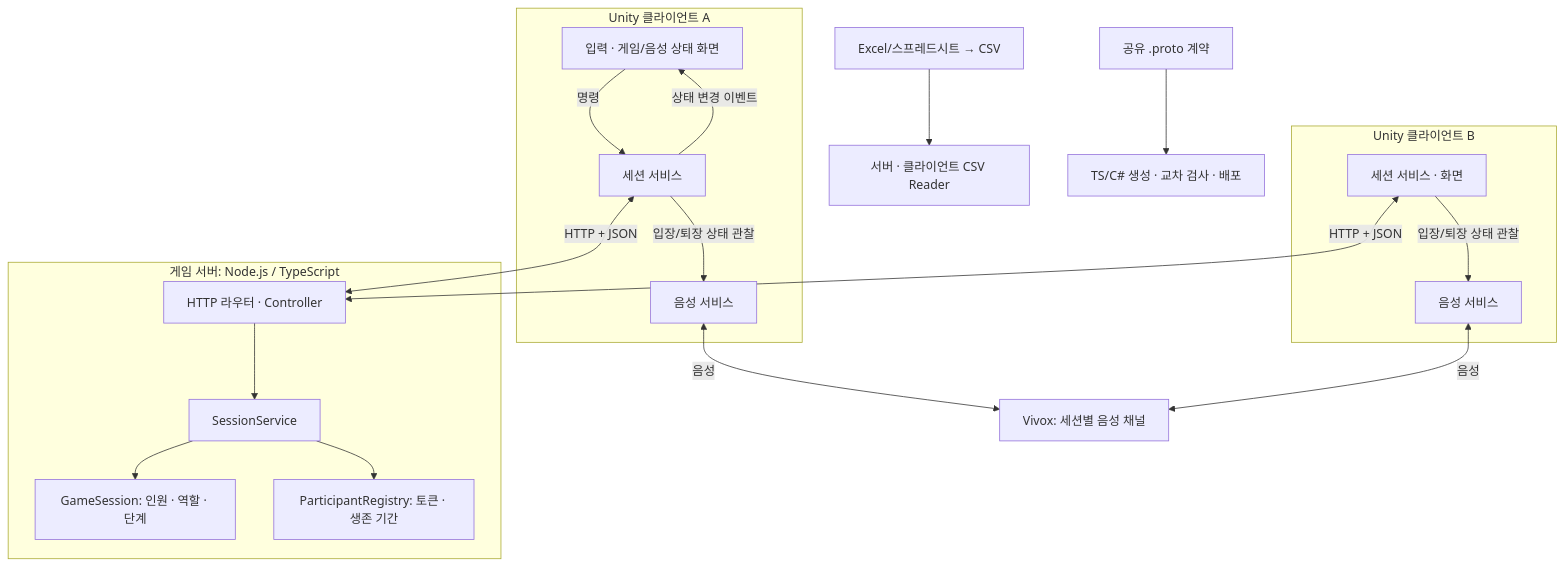
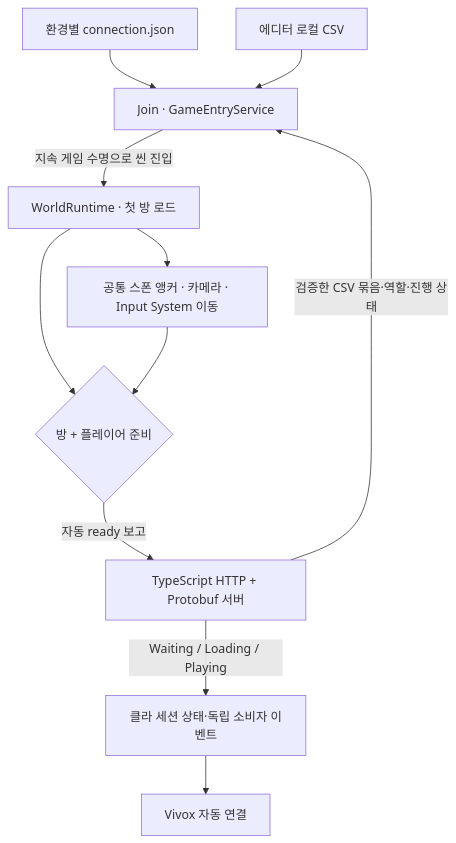
Before and after one commit to needAction/TSC_REST: the diagram in docs/project-overview/README.md, drawn with Mermaid. The commit also changed other lines of this file and 15 other files, not shown here.

````diff
--- a/docs/project-overview/README.md
+++ b/docs/project-overview/README.md
@@ -32,31 +9,13 @@
 ```mermaid
 flowchart TB
-    subgraph ClientA[Unity 클라이언트 A]
-        AUI[입력 · 게임/음성 상태 화면]
-        AS[세션 서비스]
-        AV[음성 서비스]
-        AUI -->|명령| AS
-        AS -->|상태 변경 이벤트| AUI
-        AS -->|입장/퇴장 상태 관찰| AV
-    end
-    subgraph Server[게임 서버: Node.js / TypeScript]
-        HTTP[HTTP 라우터 · Controller]
-        Service[SessionService]
-        Game[GameSession: 인원 · 역할 · 단계]
-        Registry[ParticipantRegistry: 토큰 · 생존 기간]
-        HTTP --> Service
-        Service --> Game
-        Service --> Registry
-    end
-    subgraph ClientB[Unity 클라이언트 B]
-        BS[세션 서비스 · 화면]
-        BV[음성 서비스]
-        BS -->|입장/퇴장 상태 관찰| BV
-    end
-    AS <-->|HTTP + JSON| HTTP
-    BS <-->|HTTP + JSON| HTTP
-    AV <-->|음성| V[Vivox: 세션별 음성 채널]
-    BV <-->|음성| V
-    CSV[Excel/스프레드시트 → CSV] --> CL[서버 · 클라이언트 CSV Reader]
-    P[공유 .proto 계약] --> G[TS/C# 생성 · 교차 검사 · 배포]
+    CFG[환경별 connection.json] --> ENTRY[Join · GameEntryService]
+    SERVER[TypeScript HTTP + Protobuf 서버] -->|검증한 CSV 묶음·역할·진행 상태| ENTRY
+    LOCAL[에디터 로컬 CSV] --> ENTRY
+    ENTRY -->|지속 게임 수명으로 씬 진입| WORLD[WorldRuntime · 첫 방 로드]
+    WORLD --> PLAYER[공통 스폰 앵커 · 카메라 · Input System 이동]
+    WORLD --> READY{방 + 플레이어 준비}
+    PLAYER --> READY
+    READY -->|자동 ready 보고| SERVER
+    SERVER -->|Waiting / Loading / Playing| SESSION[클라 세션 상태·독립 소비자 이벤트]
+    SESSION --> VOICE[Vivox 자동 연결]
 ```
````
